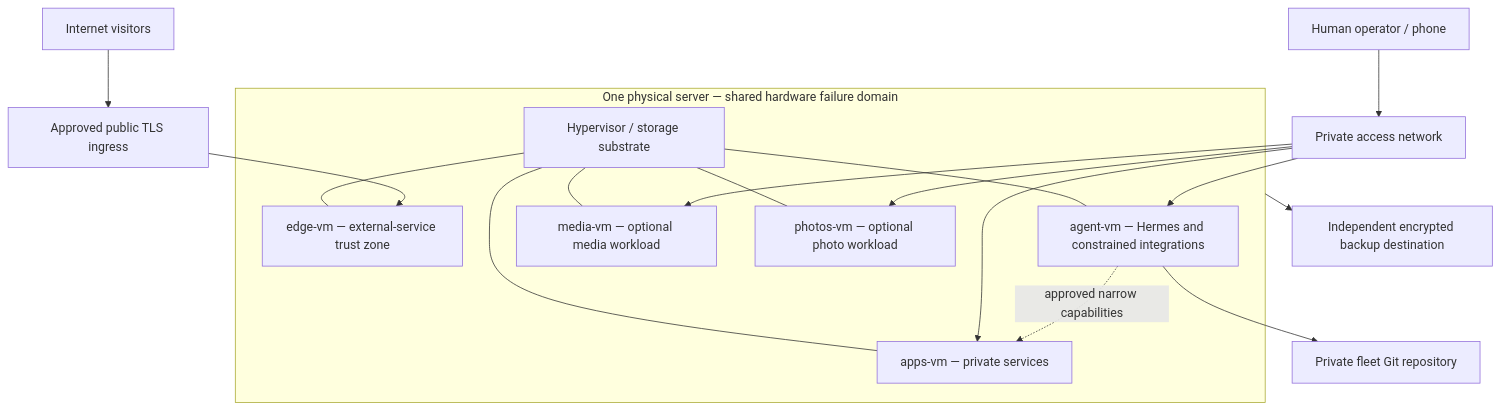
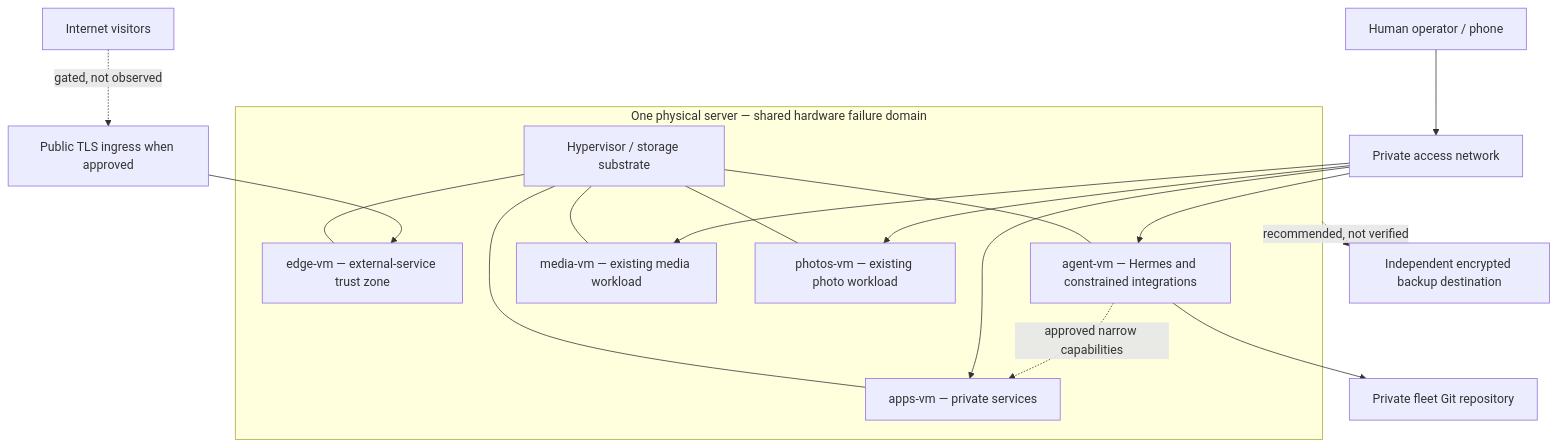
Before and after one commit to Ridderxxl/nixos-agent-fleet: the diagram in README.md, drawn with Mermaid. The commit also changed other lines of this file and 12 other files, not shown here.

````diff
--- a/README.md
+++ b/README.md
@@ -18,26 +20,26 @@
 ```mermaid
 flowchart TB
   Human[Human operator / phone] --> Private[Private access network]
-  Internet[Internet visitors] --> EdgeIngress[Approved public TLS ingress]
+  Internet[Internet visitors] -. gated, not observed .-> EdgeIngress[Public TLS ingress when approved]
   subgraph Server[One physical server — shared hardware failure domain]
     Host[Hypervisor / storage substrate]
     Apps[apps-vm — private services]
     Edge[edge-vm — external-service trust zone]
     Agent[agent-vm — Hermes and constrained integrations]
-    Media[media-vm — optional media workload]
-    Photos[photos-vm — optional photo workload]
+    Media[media-vm — existing media workload]
+    Photos[photos-vm — existing photo workload]
     Host --- Apps
     Host --- Edge
     Host --- Agent
     Host --- Media
     Host --- Photos
   end
   Private --> Apps
   Private --> Agent
   Private --> Media
   Private --> Photos
   EdgeIngress --> Edge
   Agent -. approved narrow capabilities .-> Apps
   Agent --> Repo[Private fleet Git repository]
-  Server --> Backup[Independent encrypted backup destination]
+  Server -. recommended, not verified .-> Backup[Independent encrypted backup destination]
 ```
````
